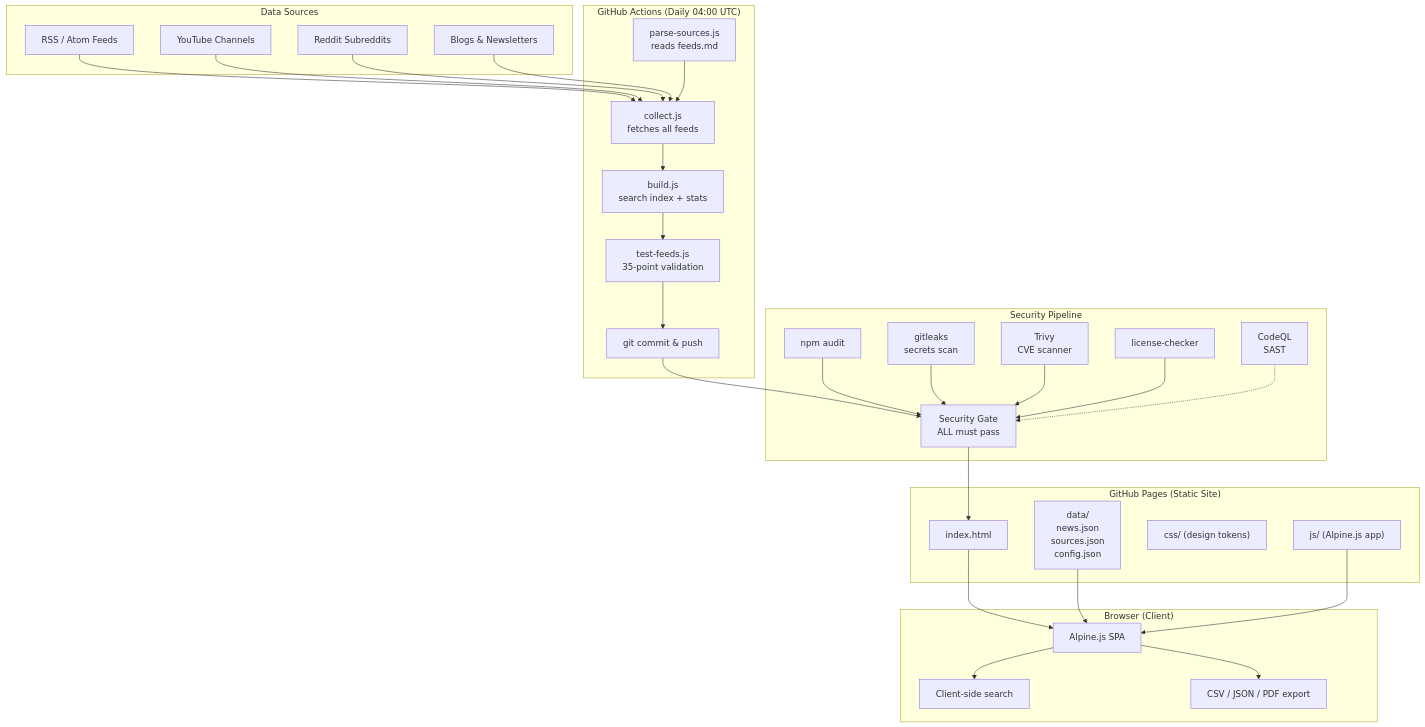
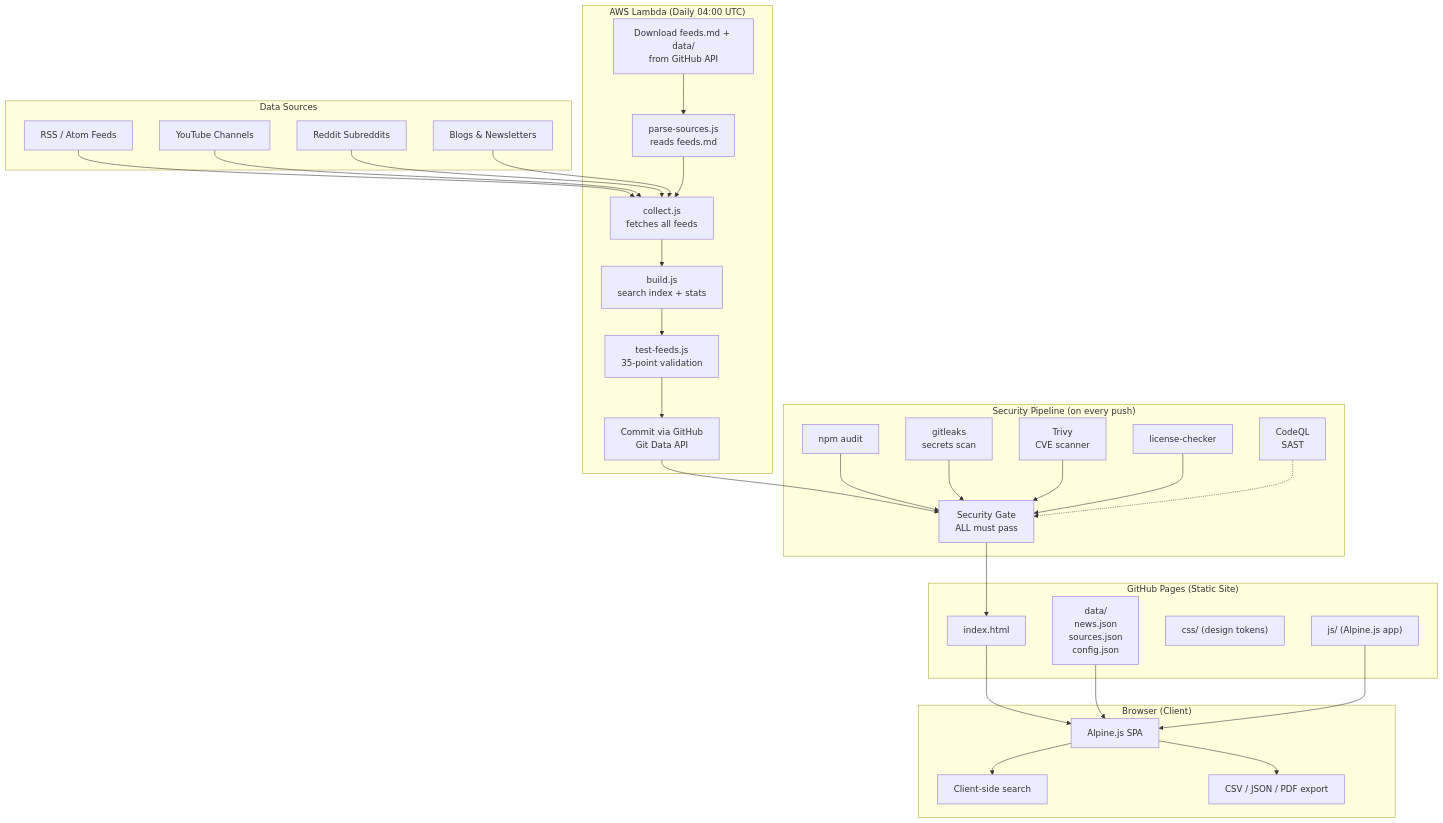
Before and after one commit to h3nryza/Tech-Update: the first of 4 diagrams in ARCHITECTURE.md, drawn with Mermaid. The commit also changed other lines of this file and 2 other files, not shown here.

First line of the commit message:
docs: update README, ARCHITECTURE, and HOW_TO_ADD for Lambda pipeline

````diff
--- a/ARCHITECTURE.md
+++ b/ARCHITECTURE.md
@@ -18,60 +17,61 @@
 ```mermaid
 graph TB
     subgraph "Data Sources"
         RSS["RSS / Atom Feeds"]
         YT["YouTube Channels"]
         RD["Reddit Subreddits"]
         BLOG["Blogs & Newsletters"]
     end
 
-    subgraph "GitHub Actions (Daily 04:00 UTC)"
+    subgraph "AWS Lambda (Daily 04:00 UTC)"
+        DL["Download feeds.md + data/<br/>from GitHub API"]
         PARSE["parse-sources.js<br/>reads feeds.md"]
         COLLECT["collect.js<br/>fetches all feeds"]
         BUILD["build.js<br/>search index + stats"]
         TEST["test-feeds.js<br/>35-point validation"]
-        COMMIT["git commit & push"]
+        COMMIT["Commit via GitHub<br/>Git Data API"]
     end
 
-    subgraph "Security Pipeline"
+    subgraph "Security Pipeline (on every push)"
         AUDIT["npm audit"]
         GITLEAKS["gitleaks<br/>secrets scan"]
         TRIVY["Trivy<br/>CVE scanner"]
         CODEQL["CodeQL<br/>SAST"]
         LICENSE["license-checker"]
         GATE["Security Gate<br/>ALL must pass"]
     end
 
     subgraph "GitHub Pages (Static Site)"
         HTML["index.html"]
         JS["js/ (Alpine.js app)"]
         CSS["css/ (design tokens)"]
         DATA["data/<br/>news.json<br/>sources.json<br/>config.json"]
     end
 
     subgraph "Browser (Client)"
         APP["Alpine.js SPA"]
         SEARCH["Client-side search"]
         EXPORT["CSV / JSON / PDF export"]
     end
 
     RSS --> COLLECT
     YT --> COLLECT
     RD --> COLLECT
     BLOG --> COLLECT
 
-    PARSE --> COLLECT --> BUILD --> TEST --> COMMIT
+    DL --> PARSE --> COLLECT --> BUILD --> TEST --> COMMIT
     COMMIT --> GATE
     GATE --> HTML
 
     AUDIT --> GATE
     GITLEAKS --> GATE
     TRIVY --> GATE
     LICENSE --> GATE
     CODEQL -.-> GATE
 
     HTML --> APP
     DATA --> APP
     JS --> APP
     APP --> SEARCH
     APP --> EXPORT
 ```
````
